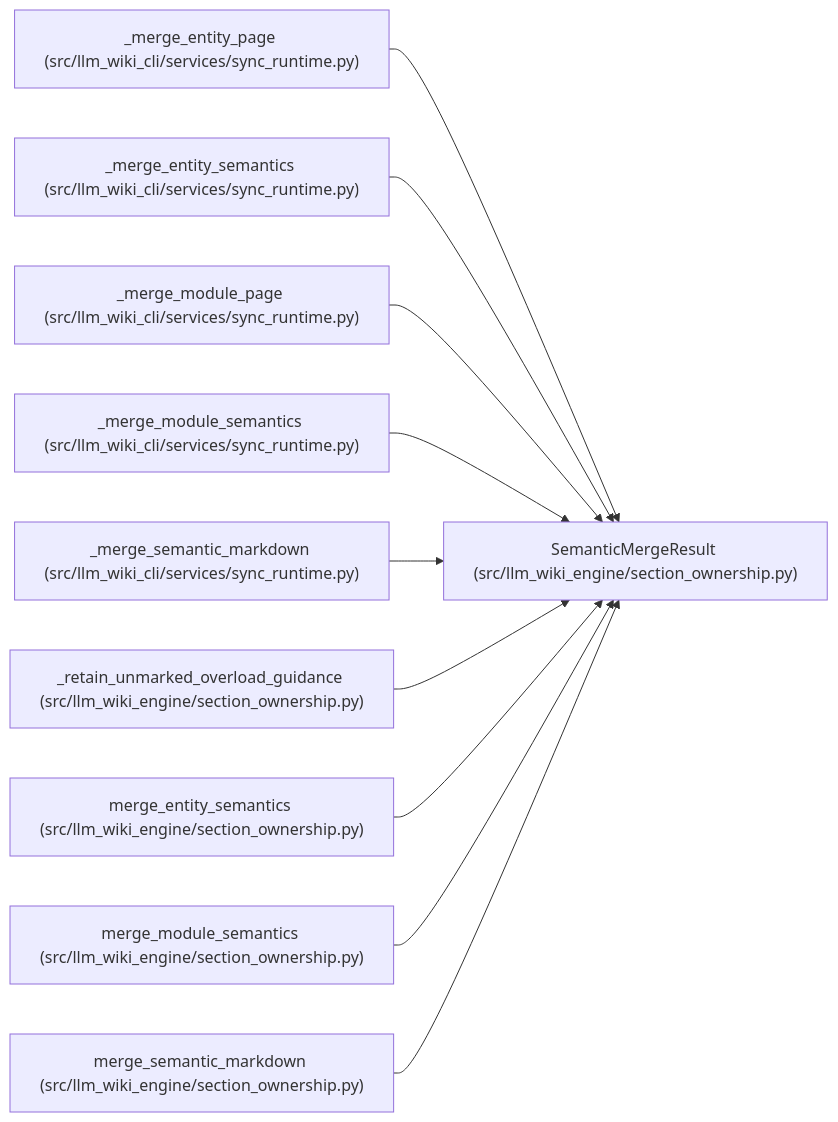
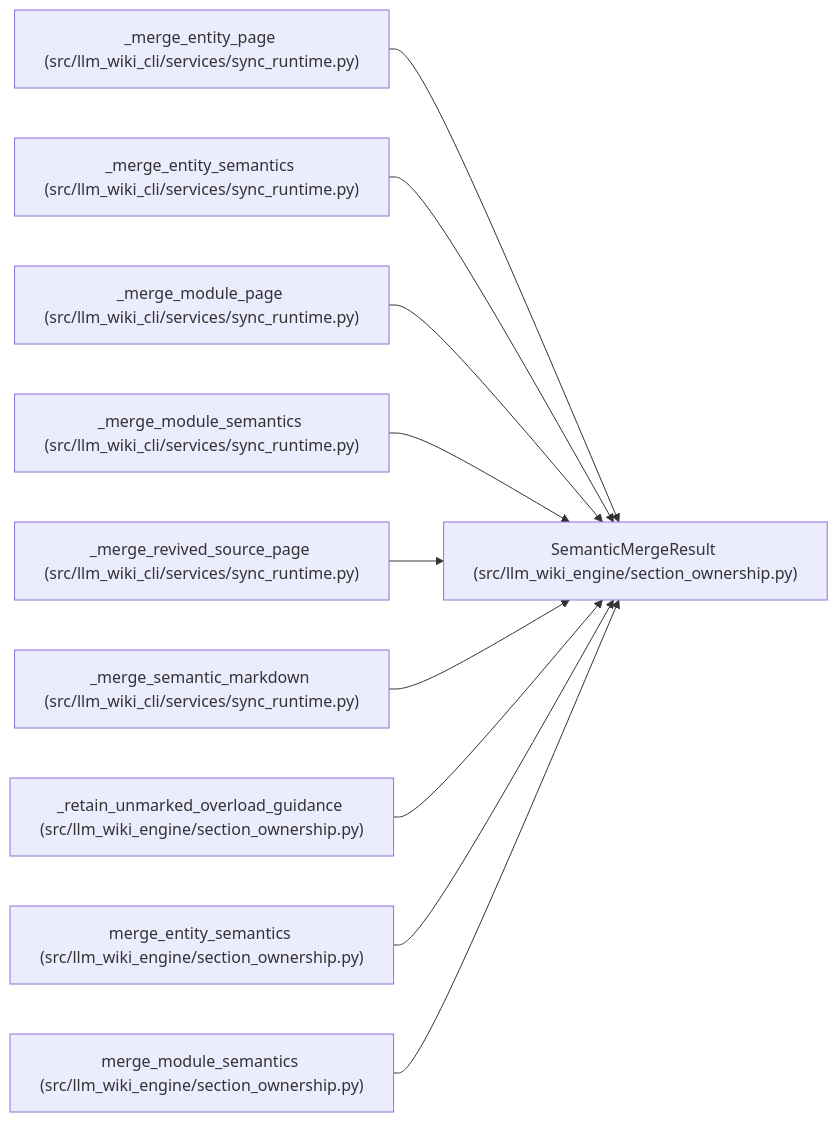
One commit to Denissvgn/python-wiki-llm changed the diagram in docs/llm_wiki/entities/SemanticMergeResult.md. Above: the diagram before and after it, drawn with Mermaid. The commit also changed other lines of this file and 699 other files, not shown here.

````diff
--- a/docs/llm_wiki/entities/SemanticMergeResult.md
+++ b/docs/llm_wiki/entities/SemanticMergeResult.md
@@ -28,32 +28,32 @@
 ```mermaid
 flowchart LR
     n0["SemanticMergeResult (src/llm_wiki_engine/section_ownership.py)"]
     n1["_merge_entity_page (src/llm_wiki_cli/services/sync_runtime.py)"]
     n2["_merge_entity_semantics (src/llm_wiki_cli/services/sync_runtime.py)"]
     n3["_merge_module_page (src/llm_wiki_cli/services/sync_runtime.py)"]
     n4["_merge_module_semantics (src/llm_wiki_cli/services/sync_runtime.py)"]
-    n5["_merge_semantic_markdown (src/llm_wiki_cli/services/sync_runtime.py)"]
-    n6["_retain_unmarked_overload_guidance (src/llm_wiki_engine/section_ownership.py)"]
-    n7["merge_entity_semantics (src/llm_wiki_engine/section_ownership.py)"]
-    n8["merge_module_semantics (src/llm_wiki_engine/section_ownership.py)"]
-    n9["merge_semantic_markdown (src/llm_wiki_engine/section_ownership.py)"]
+    n5["_merge_revived_source_page (src/llm_wiki_cli/services/sync_runtime.py)"]
+    n6["_merge_semantic_markdown (src/llm_wiki_cli/services/sync_runtime.py)"]
+    n7["_retain_unmarked_overload_guidance (src/llm_wiki_engine/section_ownership.py)"]
+    n8["merge_entity_semantics (src/llm_wiki_engine/section_ownership.py)"]
+    n9["merge_module_semantics (src/llm_wiki_engine/section_ownership.py)"]
     n1 --> n0
     n2 --> n0
     n3 --> n0
     n4 --> n0
     n5 --> n0
     n6 --> n0
     n7 --> n0
     n8 --> n0
     n9 --> n0
     click n0 "../modules/section_ownership.md"
     click n1 "../modules/sync_runtime.md"
     click n2 "../modules/sync_runtime.md"
     click n3 "../modules/sync_runtime.md"
     click n4 "../modules/sync_runtime.md"
     click n5 "../modules/sync_runtime.md"
-    click n6 "../modules/section_ownership.md"
+    click n6 "../modules/sync_runtime.md"
     click n7 "../modules/section_ownership.md"
     click n8 "../modules/section_ownership.md"
     click n9 "../modules/section_ownership.md"
 ```
````
